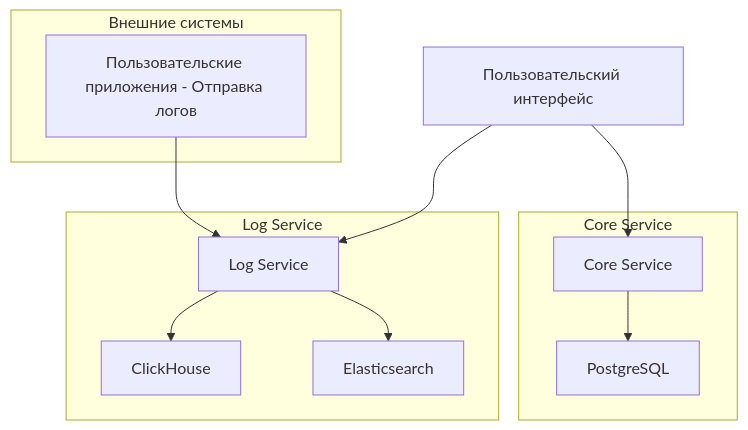
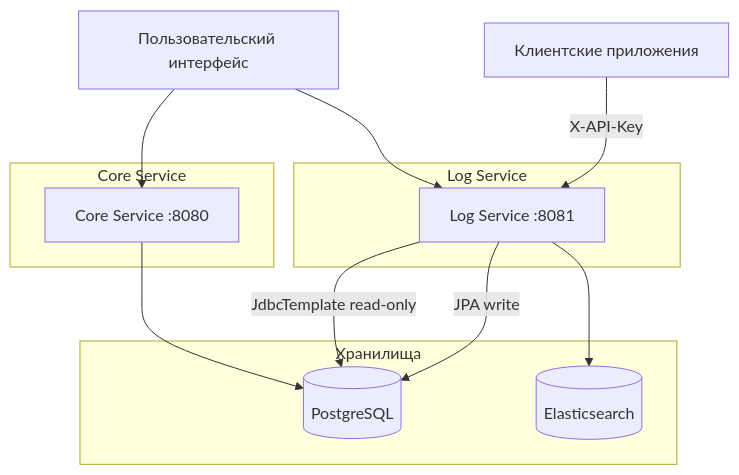
The diagram in docs/architecture.md (frubyl/LogBoard), drawn with Mermaid before and after one commit. The commit also changed other lines of this file and 8 other files, not shown here.

````diff
--- a/docs/architecture.md
+++ b/docs/architecture.md
@@ -13,27 +12,25 @@
 ```mermaid
 graph TD
-    A[Пользовательский интерфейс] --> B[Core Service]
-    A --> C[Log Service]
-    
-    B --> D[(PostgreSQL)]
-    
-    C --> E[(ClickHouse)]
-    C --> F[(Elasticsearch)]
-    
+    UI[Пользовательский интерфейс] --> Core[Core Service :8080]
+    UI --> LogSvc[Log Service :8081]
+    Apps[Клиентские приложения] -->|X-API-Key| LogSvc
+
+    Core --> PG[(PostgreSQL)]
+
+    LogSvc -->|JdbcTemplate read-only| PG
+    LogSvc --> ES[(Elasticsearch)]
+    LogSvc -->|JPA write| PG
+
     subgraph "Core Service"
-        B[Core Service]
-        D[PostgreSQL]
+        Core
     end
-    
+
     subgraph "Log Service"
-        C[Log Service]
-        E[ClickHouse]
-        F[Elasticsearch]
+        LogSvc
     end
-    
-    subgraph "Внешние системы"
-        G[Пользовательские приложения - Отправка логов]
+
+    subgraph "Хранилища"
+        PG
+        ES
     end
-    
-    G --> C
 ```
````
